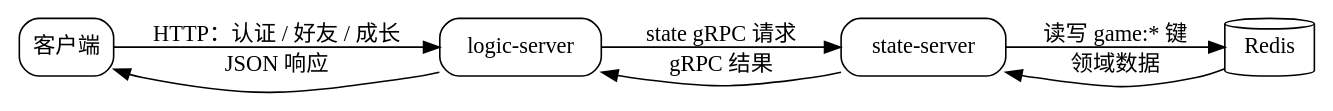
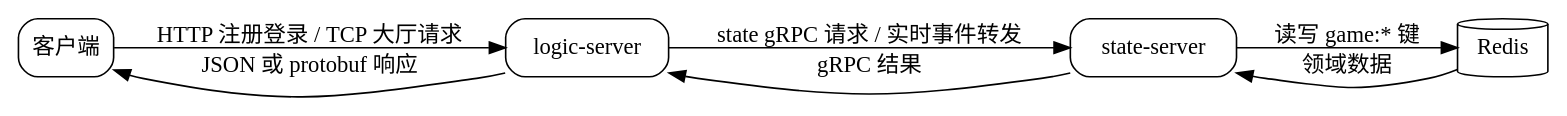
Before and after one commit to zzzhr666/server: the diagram in docs/diagrams/out-of-battle-flow.dot, drawn with Graphviz. The commit also changed 25 other files, not shown here.

Commit message:
[feature] Move lobby operations to TCP protobuf

```diff
--- a/docs/diagrams/out-of-battle-flow.dot
+++ b/docs/diagrams/out-of-battle-flow.dot
@@ -1,14 +1,14 @@
 digraph out_of_battle_flow {
     rankdir=LR;
     node [shape=box, style=rounded];
     client [label="客户端"];
     logic [label="logic-server"];
     state [label="state-server"];
     redis [label="Redis", shape=cylinder];
-    client -> logic [label="HTTP：认证 / 好友 / 成长"];
-    logic -> state [label="state gRPC 请求"];
+    client -> logic [label="HTTP 注册登录 / TCP 大厅请求"];
+    logic -> state [label="state gRPC 请求 / 实时事件转发"];
     state -> redis [label="读写 game:* 键"];
     redis -> state [label="领域数据"];
     state -> logic [label="gRPC 结果"];
-    logic -> client [label="JSON 响应"];
+    logic -> client [label="JSON 或 protobuf 响应"];
 }
```
